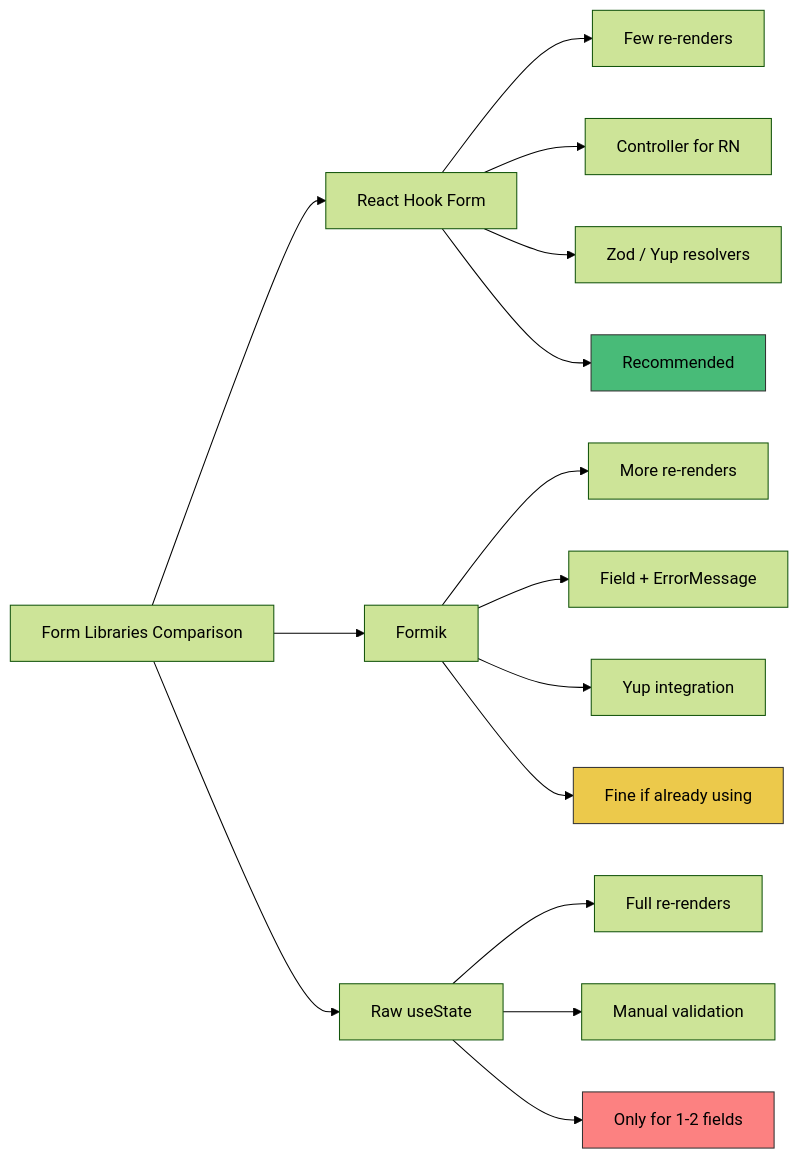
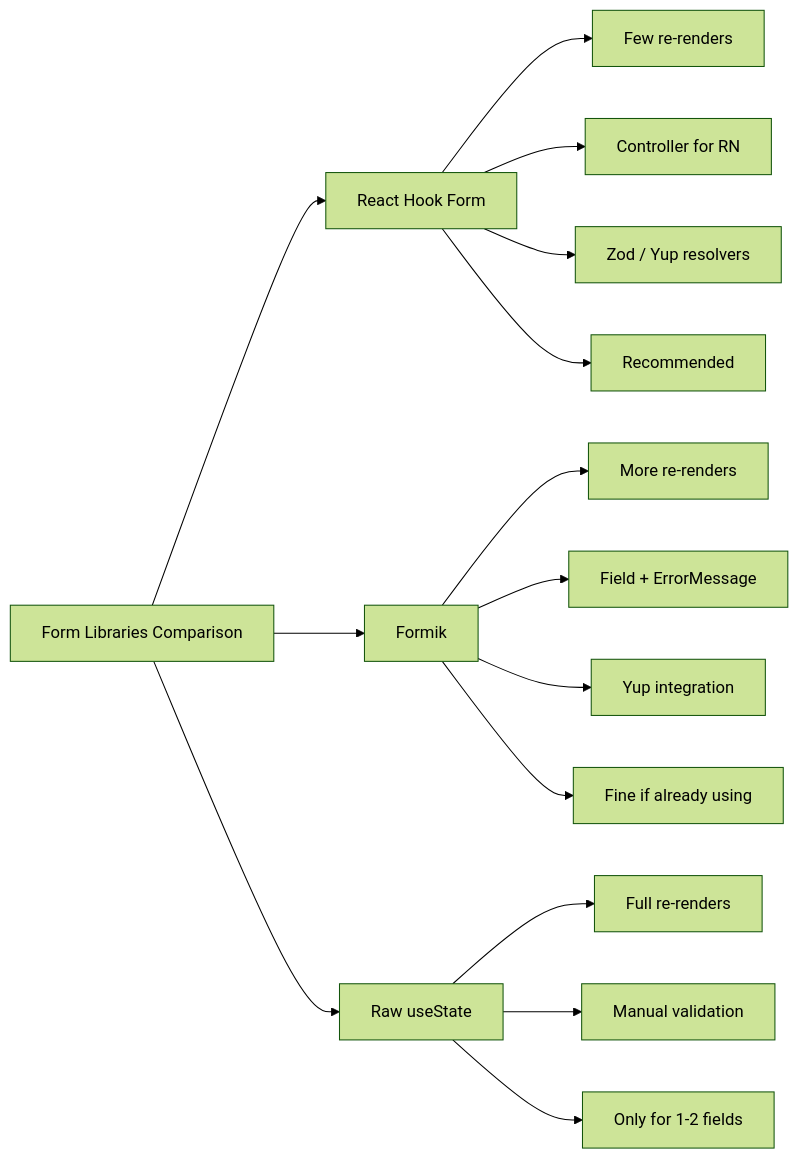
The fifth of 8 diagrams in arguments/chapters/rn-08-forms-input.md (BabaScience/react-guides), drawn with Mermaid (forest theme) before and after one commit. The commit also changed other lines of this file and 63 other files, not shown here.

First line of the commit message:
Enrich React Native roadmap with deeper content, visuals, and FR/IT translations

````diff
--- a/arguments/chapters/rn-08-forms-input.md
+++ b/arguments/chapters/rn-08-forms-input.md
@@ -344,24 +528,20 @@
 ```mermaid
 graph LR
     A["Form Libraries Comparison"] --> B["React Hook Form"]
     A --> C["Formik"]
     A --> D["Raw useState"]
 
     B --> B1["Few re-renders"]
     B --> B2["Controller for RN"]
     B --> B3["Zod / Yup resolvers"]
     B --> B4["Recommended"]
 
     C --> C1["More re-renders"]
     C --> C2["Field + ErrorMessage"]
     C --> C3["Yup integration"]
     C --> C4["Fine if already using"]
 
     D --> D1["Full re-renders"]
     D --> D2["Manual validation"]
     D --> D3["Only for 1-2 fields"]
-
-    style B4 fill:#48bb78,stroke:#333,color:#000
-    style C4 fill:#ecc94b,stroke:#333,color:#000
-    style D3 fill:#fc8181,stroke:#333,color:#000
 ```
````
